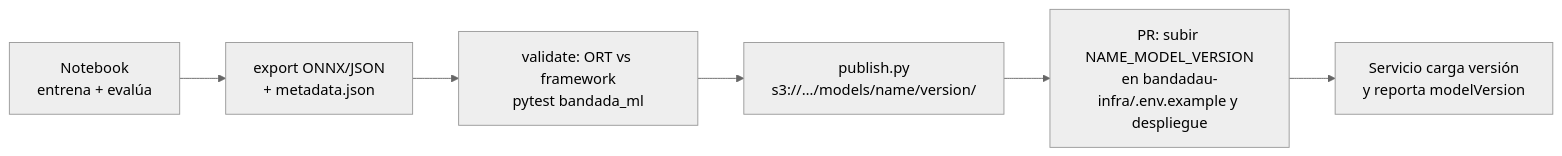
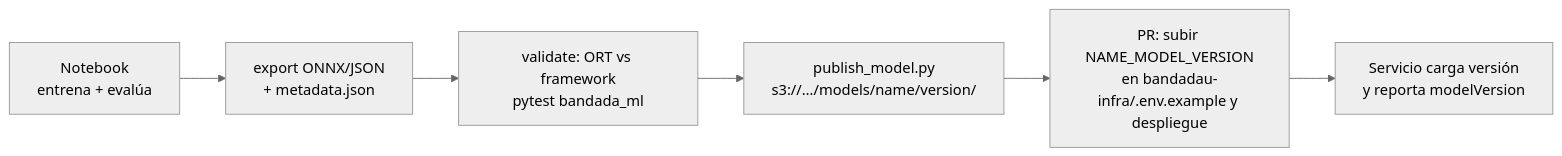
Before and after one commit to CesarKnight/bandadau-docs: the third of 3 diagrams in docs/03-arquitectura/ml-dl.md, drawn with Mermaid (neutral theme). The commit also changed other lines of this file, not shown here.

````diff
--- a/docs/03-arquitectura/ml-dl.md
+++ b/docs/03-arquitectura/ml-dl.md
@@ -324,8 +383,8 @@
 ```mermaid
 flowchart LR
     NB["Notebook<br/>entrena + evalúa"] --> EX["export ONNX/JSON<br/>+ metadata.json"]
     EX --> VT["validate: ORT vs framework<br/>pytest bandada_ml"]
-    VT --> PB["publish.py<br/>s3://…/models/name/version/"]
+    VT --> PB["publish_model.py<br/>s3://…/models/name/version/"]
     PB --> CFG["PR: subir NAME_MODEL_VERSION<br/>en bandadau-infra/.env.example y despliegue"]
     CFG --> SVC["Servicio carga versión<br/>y reporta modelVersion"]
 ```
````
